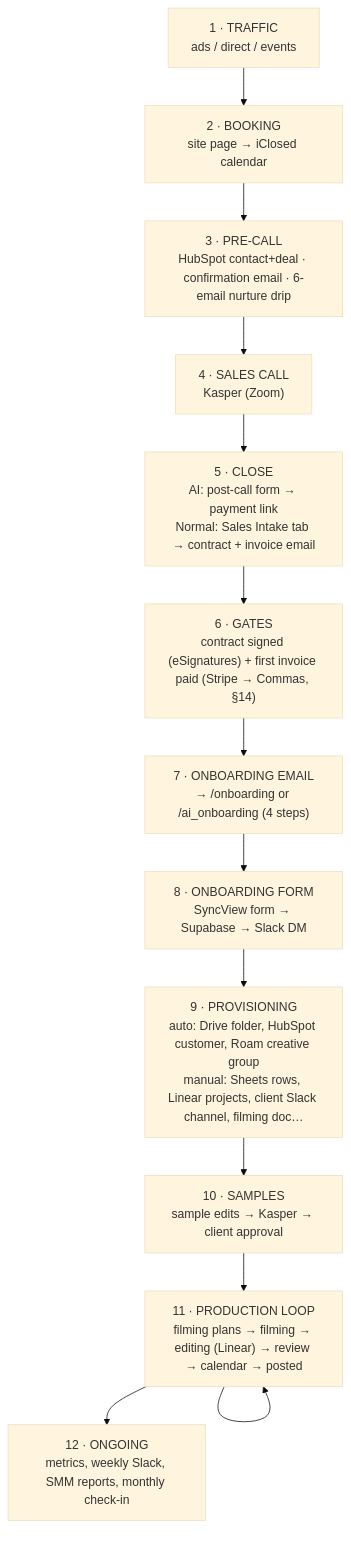
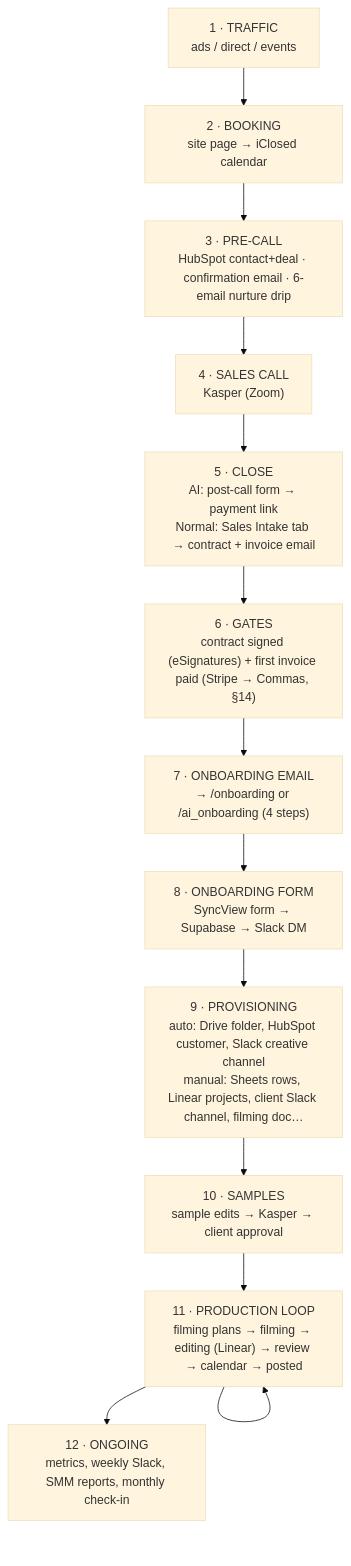
One commit to sidney-afk/client-analytics changed the first of 2 diagrams in docs/CLIENT_LIFECYCLE_MAP.md. Above: the diagram before and after it, drawn with Mermaid (base theme). The commit also changed other lines of this file and 2 other files, not shown here.

First line of the commit message:
Document the onboarding creative-channel move back to Slack

````diff
--- a/docs/CLIENT_LIFECYCLE_MAP.md
+++ b/docs/CLIENT_LIFECYCLE_MAP.md
@@ -44,15 +44,15 @@
 ```mermaid
 flowchart TD
   A["1 · TRAFFIC<br/>ads / direct / events"] --> B["2 · BOOKING<br/>site page → iClosed calendar"]
   B --> C["3 · PRE-CALL<br/>HubSpot contact+deal · confirmation email · 6-email nurture drip"]
   C --> D["4 · SALES CALL<br/>Kasper (Zoom)"]
   D --> E["5 · CLOSE<br/>AI: post-call form → payment link<br/>Normal: Sales Intake tab → contract + invoice email"]
   E --> F["6 · GATES<br/>contract signed (eSignatures) + first invoice paid (Stripe → Commas, §14)"]
   F --> G["7 · ONBOARDING EMAIL<br/>→ /onboarding or /ai_onboarding (4 steps)"]
   G --> H["8 · ONBOARDING FORM<br/>SyncView form → Supabase → Slack DM"]
-  H --> I["9 · PROVISIONING<br/>auto: Drive folder, HubSpot customer, Roam creative group<br/>manual: Sheets rows, Linear projects, client Slack channel, filming doc…"]
+  H --> I["9 · PROVISIONING<br/>auto: Drive folder, HubSpot customer, Slack creative channel<br/>manual: Sheets rows, Linear projects, client Slack channel, filming doc…"]
   I --> J["10 · SAMPLES<br/>sample edits → Kasper → client approval"]
   J --> K["11 · PRODUCTION LOOP<br/>filming plans → filming → editing (Linear) → review → calendar → posted"]
   K --> L["12 · ONGOING<br/>metrics, weekly Slack, SMM reports, monthly check-in"]
   K --> K
 ```
````
